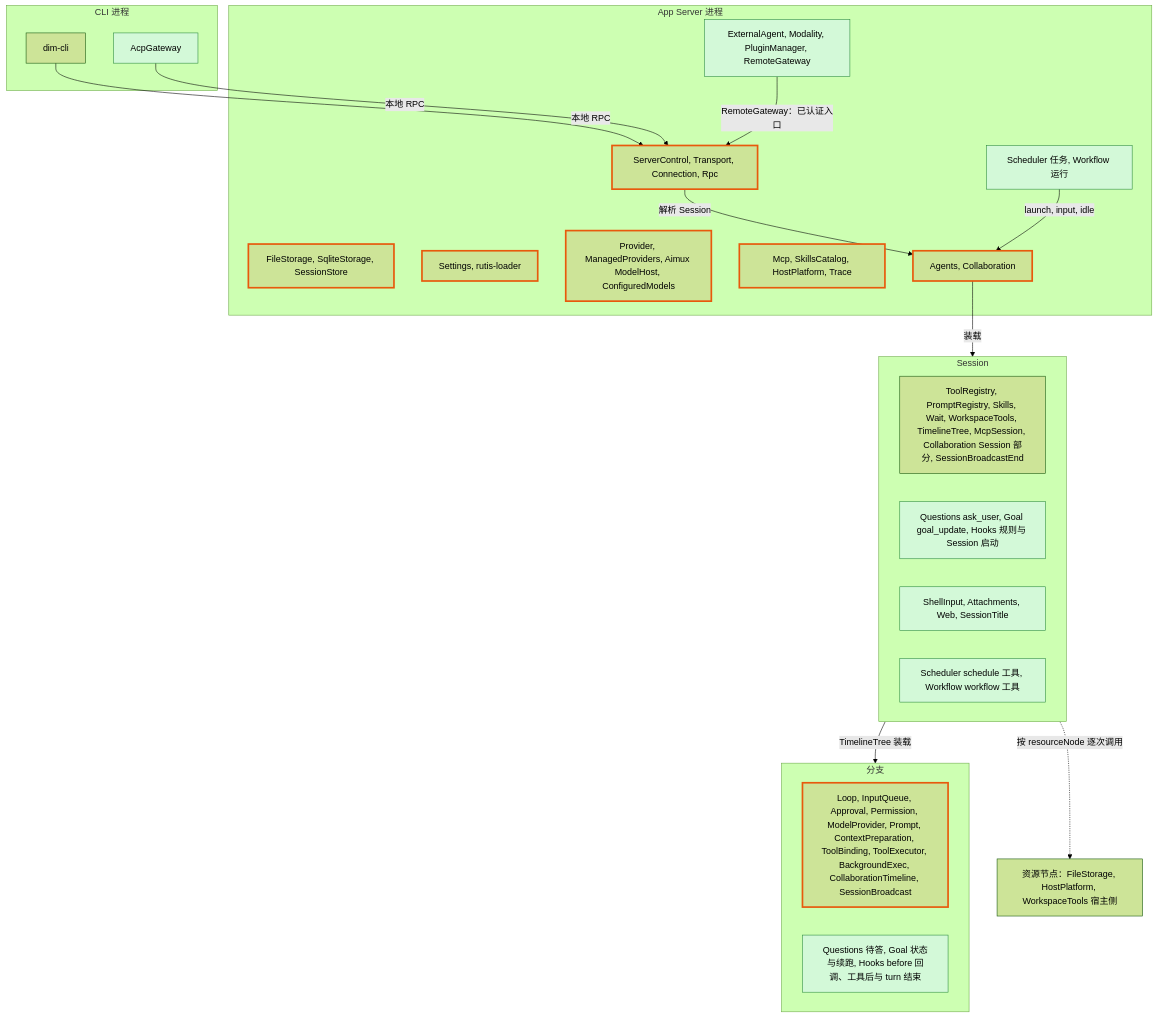
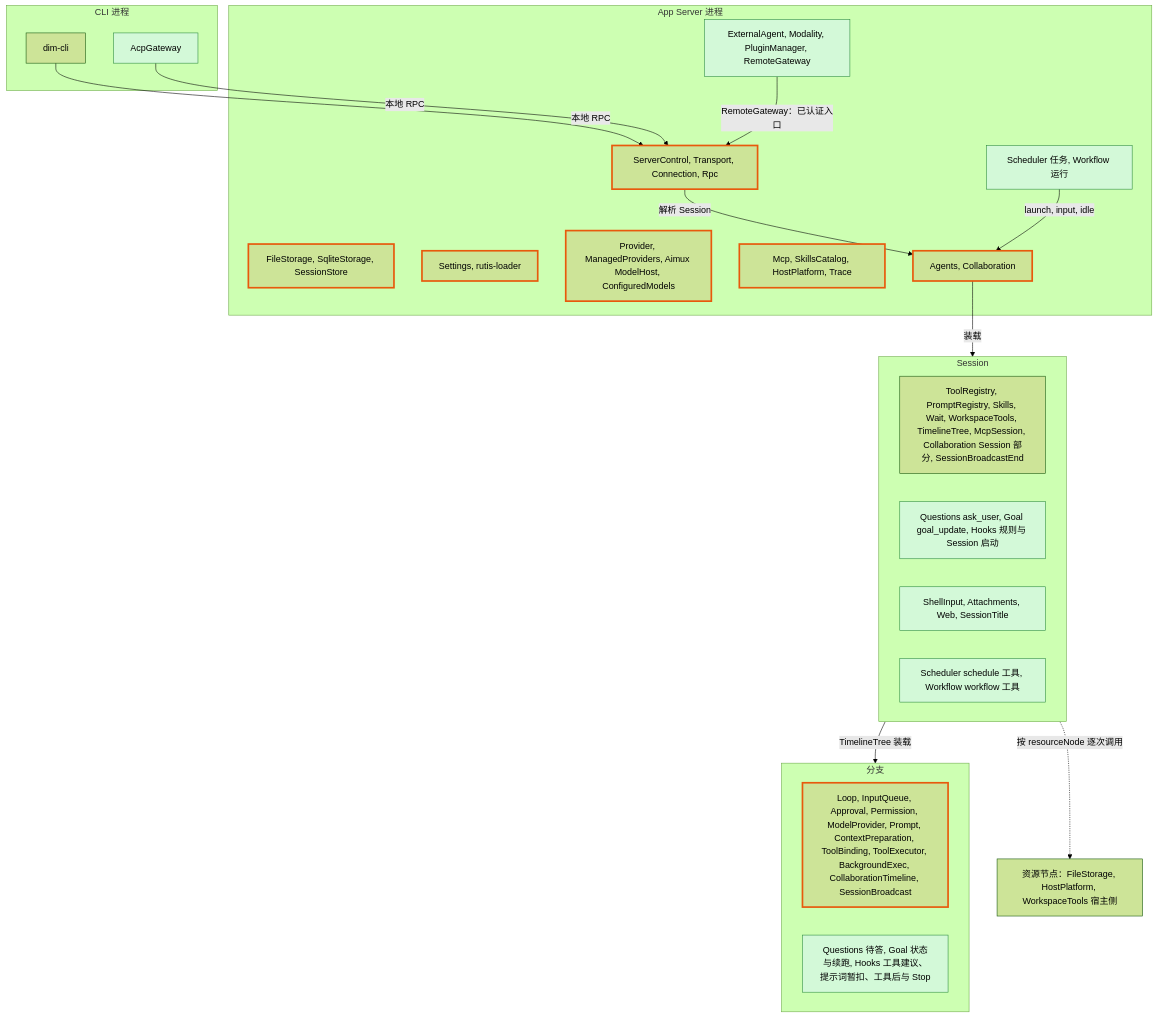
The first of 8 diagrams in docs/zh/design/overview.md (CoutinhoTTS/dim-agent), drawn with Mermaid (forest theme) before and after one commit. The commit also changed other lines of this file and 8 other files, not shown here.

````diff
--- a/docs/zh/design/overview.md
+++ b/docs/zh/design/overview.md
@@ -25,40 +25,40 @@
 ```mermaid
 flowchart TB
   classDef new fill:#d3f9d8,stroke:#2b8a3e,color:#000
   classDef changed stroke:#e8590c,stroke-width:3px
 
   subgraph CLIP["CLI 进程"]
     cli["dim-cli"]
     acp["AcpGateway"]:::new
   end
   subgraph PROC["App Server 进程"]
     entry["ServerControl, Transport, Connection, Rpc"]:::changed
     store["FileStorage, SqliteStorage, SessionStore"]:::changed
     cfg["Settings, rutis-loader"]:::changed
     models["Provider, ManagedProviders, Aimux ModelHost, ConfiguredModels"]:::changed
     cat["Mcp, SkillsCatalog, HostPlatform, Trace"]:::changed
     agents["Agents, Collaboration"]:::changed
     pnew["Scheduler 任务, Workflow 运行"]:::new
     pext["ExternalAgent, Modality, PluginManager, RemoteGateway"]:::new
   end
   subgraph SES["Session"]
     sexist["ToolRegistry, PromptRegistry, Skills, Wait, WorkspaceTools, TimelineTree, McpSession, Collaboration Session 部分, SessionBroadcastEnd"]
     snew1["Questions ask_user, Goal goal_update, Hooks 规则与 Session 启动"]:::new
     snew2["ShellInput, Attachments, Web, SessionTitle"]:::new
     snew3["Scheduler schedule 工具, Workflow workflow 工具"]:::new
   end
   subgraph BR["分支"]
     bexist["Loop, InputQueue, Approval, Permission, ModelProvider, Prompt, ContextPreparation, ToolBinding, ToolExecutor, BackgroundExec, CollaborationTimeline, SessionBroadcast"]:::changed
-    bnew["Questions 待答, Goal 状态与续跑, Hooks before 回调、工具后与 turn 结束"]:::new
+    bnew["Questions 待答, Goal 状态与续跑, Hooks 工具建议、提示词暂扣、工具后与 Stop"]:::new
   end
   rn["资源节点：FileStorage, HostPlatform, WorkspaceTools 宿主侧"]
 
   cli -->|"本地 RPC"| entry
   acp -->|"本地 RPC"| entry
   pext -->|"RemoteGateway：已认证入口"| entry
   entry -->|"解析 Session"| agents
   agents -->|"装载"| SES
   SES -->|"TimelineTree 装载"| BR
   pnew -->|"launch, input, idle"| agents
   SES -.->|"按 resourceNode 逐次调用"| rn
 ```
````
